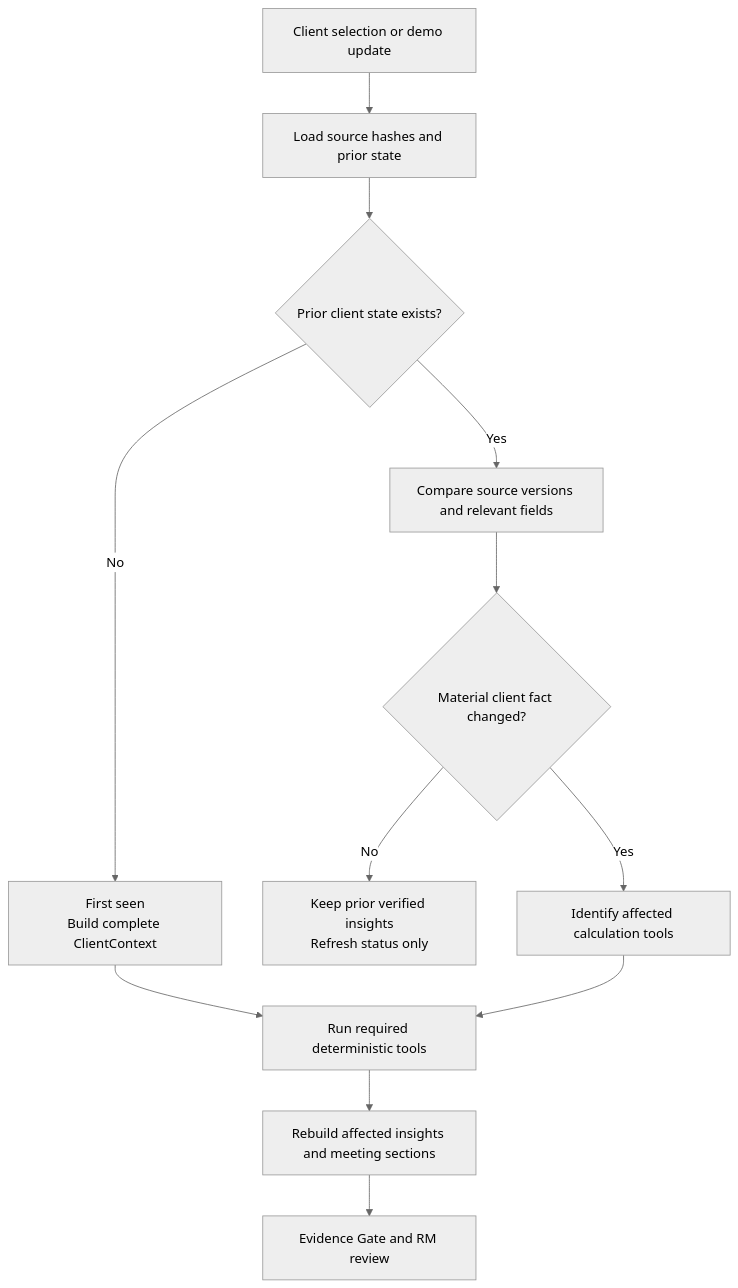
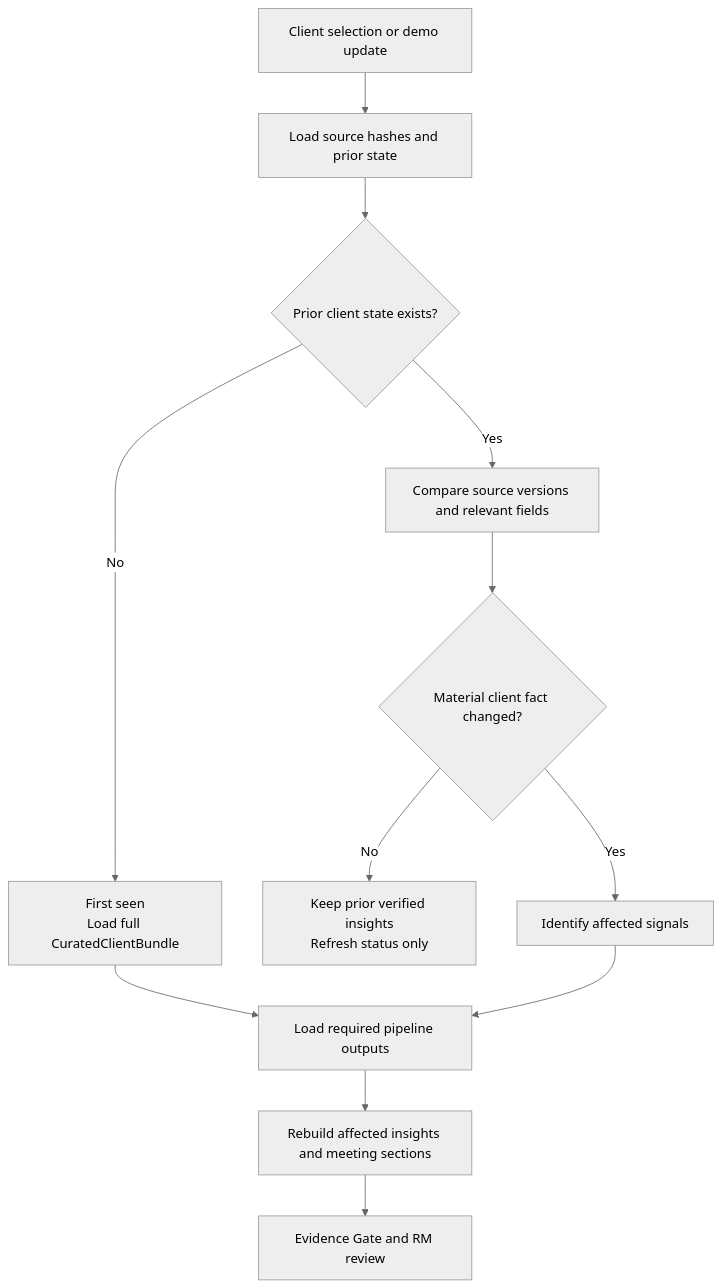
One commit to choiwab/SingHacks-2026 changed the third of 4 diagrams in docs/PRD_TEAMS_RM_INTELLIGENCE.md. Above: the diagram before and after it, drawn with Mermaid (neutral theme). The commit also changed other lines of this file, not shown here.

````diff
--- a/docs/PRD_TEAMS_RM_INTELLIGENCE.md
+++ b/docs/PRD_TEAMS_RM_INTELLIGENCE.md
@@ -474,14 +574,14 @@
 ```mermaid
 flowchart TD
     A[Client selection or demo update] --> B[Load source hashes and prior state]
     B --> C{Prior client state exists?}
-    C -->|No| D[First seen<br/>Build complete ClientContext]
+    C -->|No| D[First seen<br/>Load full CuratedClientBundle]
     C -->|Yes| E[Compare source versions and relevant fields]
     E --> F{Material client fact changed?}
     F -->|No| G[Keep prior verified insights<br/>Refresh status only]
-    F -->|Yes| H[Identify affected calculation tools]
-    D --> I[Run required deterministic tools]
+    F -->|Yes| H[Identify affected signals]
+    D --> I[Load required pipeline outputs]
     H --> I
     I --> J[Rebuild affected insights and meeting sections]
     J --> K[Evidence Gate and RM review]
 ```
````
